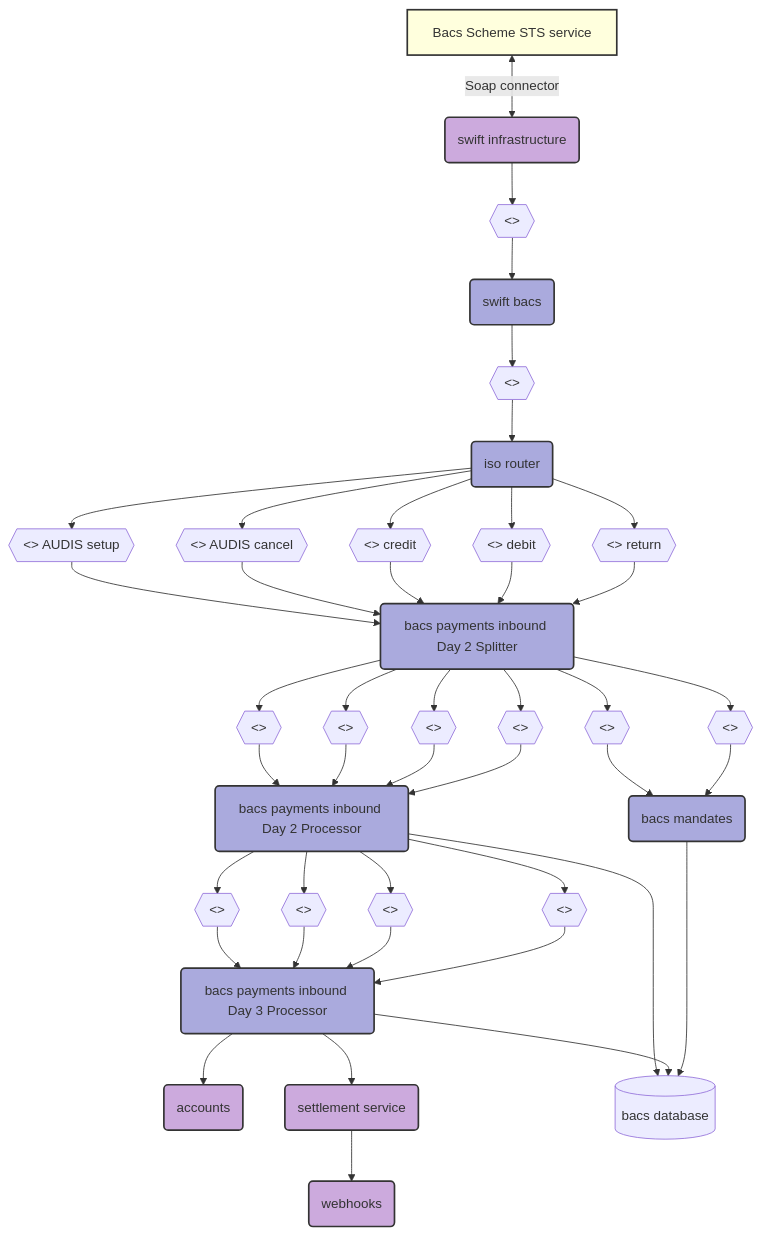
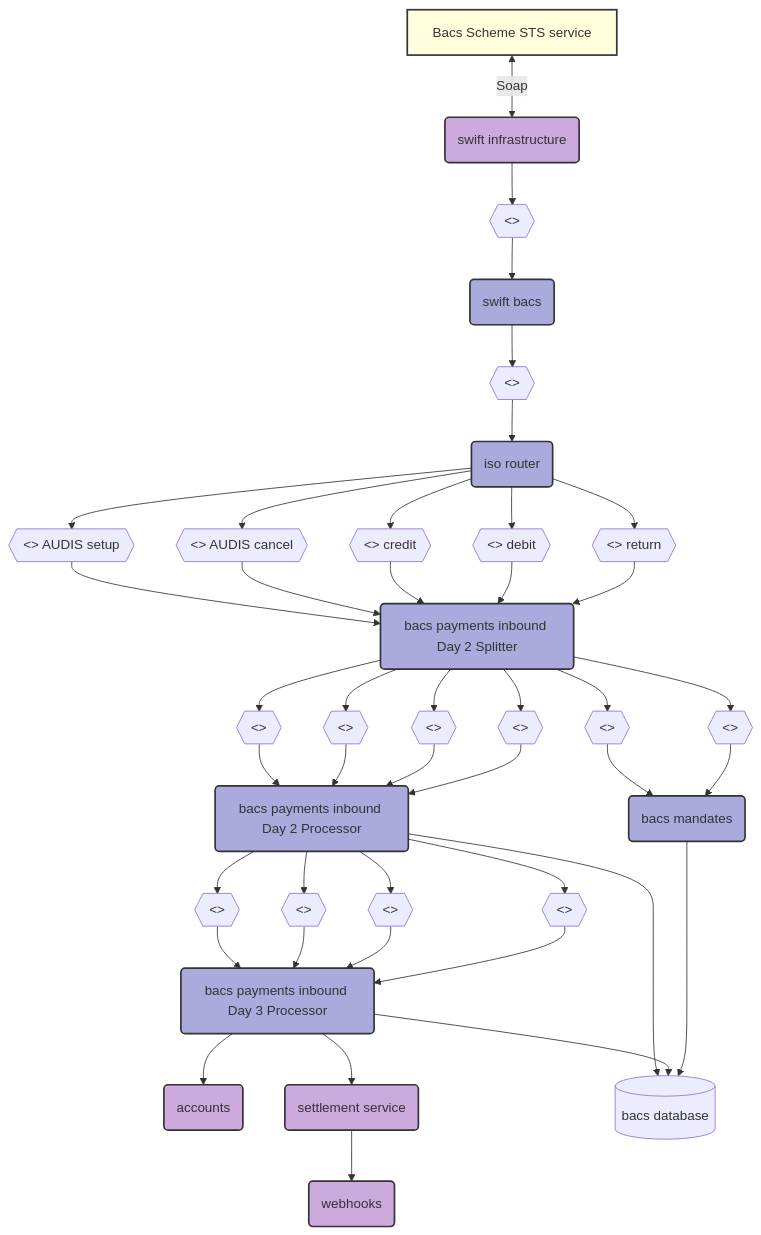
One commit to andrewjpoole/livedocs changed the first of 2 diagrams in ResourceDocumentations/bacs.md. Above: the diagram before and after it, drawn with Mermaid. The commit also changed other lines of this file, not shown here.

````diff
--- a/ResourceDocumentations/bacs.md
+++ b/ResourceDocumentations/bacs.md
@@ -38,7 +40,7 @@
     bdb[(bacs database)]
     %% define queues with clickable links
     q1{{<<bacs-swift-inbound-payment-requests>>}}
-    click q1 "https://portal.azure.com/#@cbinfrastructure.com/resource/subscriptions/0df249d7-9fde-4cd0-a580-9bf84a4406a4/resourceGroups/cbuk-core-testnarwhal-servicebus-uksouth/providers/Microsoft.ServiceBus/namespaces/cbuk-core-testnarwhal-servicebus-uksouth/queues/bacs-swift-inbound-payment-requests/overview" _blank;
+    click q1 "https://portal.azure.com/#@cbinfrastructure.com/resource/subscriptions/0df249d7-9fde-4cd0-a580-9bf84a4406a4/resourceGroups/cbuk-core-testnarwhal-servicebus-uksouth/providers/Microsoft.ServiceBus/namespaces/cbuk-core-testnarwhal-servicebus-uksouth/queues/bacs-swift-inbound-payment-requests/overview" "tooltip Hello" _blank;
     q2{{<<iso-router-inbound-payment-request>>}} 
     click q2 "https://portal.azure.com/#@cbinfrastructure.com/resource/subscriptions/0df249d7-9fde-4cd0-a580-9bf84a4406a4/resourceGroups/cbuk-core-testnarwhal-servicebus-uksouth/providers/Microsoft.ServiceBus/namespaces/cbuk-core-testnarwhal-servicebus-uksouth/queues/iso-router-inbound-payment-request/overview" _blank;   
     %%q3{{<<bacs-outbound-batched-messages>>}}
@@ -77,7 +79,7 @@
     q33{{<<bacs-process-pending-debit-transaction-contra>>}}
     click q33 "https://portal.azure.com/#@cbinfrastructure.com/resource/subscriptions/0df249d7-9fde-4cd0-a580-9bf84a4406a4/resourceGroups/cbuk-core-testnarwhal-servicebus-uksouth/providers/Microsoft.ServiceBus/namespaces/cbuk-core-testnarwhal-servicebus-uksouth/queues/bacs-process-pending-debit-transaction-contra/overview" _blank;
     %% define links with queue nodes
-    s<-->|Soap connector|si
+    s<-->|Soap|si
     si-->q1; q1-->sb
     %%sb-->q4; q4-->si
     sb-->q2; q2-->ir
@@ -104,16 +106,12 @@
     ss-->wh
     %%bpi3-->q3; q3-->sb;
     
-    %% define styles (#ffd=external to CB, #cad=other CB teams, #aad=narwhal)
-    style s fill:#ffd,stroke:#333,stroke-width:2px
-    style wh fill:#cad,stroke:#333,stroke-width:2px
-    style si fill:#cad,stroke:#333,stroke-width:2px
-    style ss fill:#cad,stroke:#333,stroke-width:2px
-    style ir fill:#aad,stroke:#333,stroke-width:2px
-    style sb fill:#aad,stroke:#333,stroke-width:2px
-    style bpi2 fill:#aad,stroke:#333,stroke-width:2px
-    style bpi2s fill:#aad,stroke:#333,stroke-width:2px
-    style bpi3 fill:#aad,stroke:#333,stroke-width:2px
-    style bm fill:#aad,stroke:#333,stroke-width:2px
-    style a fill:#cad,stroke:#333,stroke-width:2px
+    %% define styles
+    classDef externalService fill:#ffd,stroke:#333,stroke-width:2px
+    classDef otherTeamService fill:#cad,stroke:#333,stroke-width:2px
+    classDef narwhalService fill:#aad,stroke:#333,stroke-width:2px
+
+    class s externalService
+    class wh,si,ss,a otherTeamService
+    class ir,sb,bpi2s,bpi2,bpi3,bm narwhalService
 ```
````
